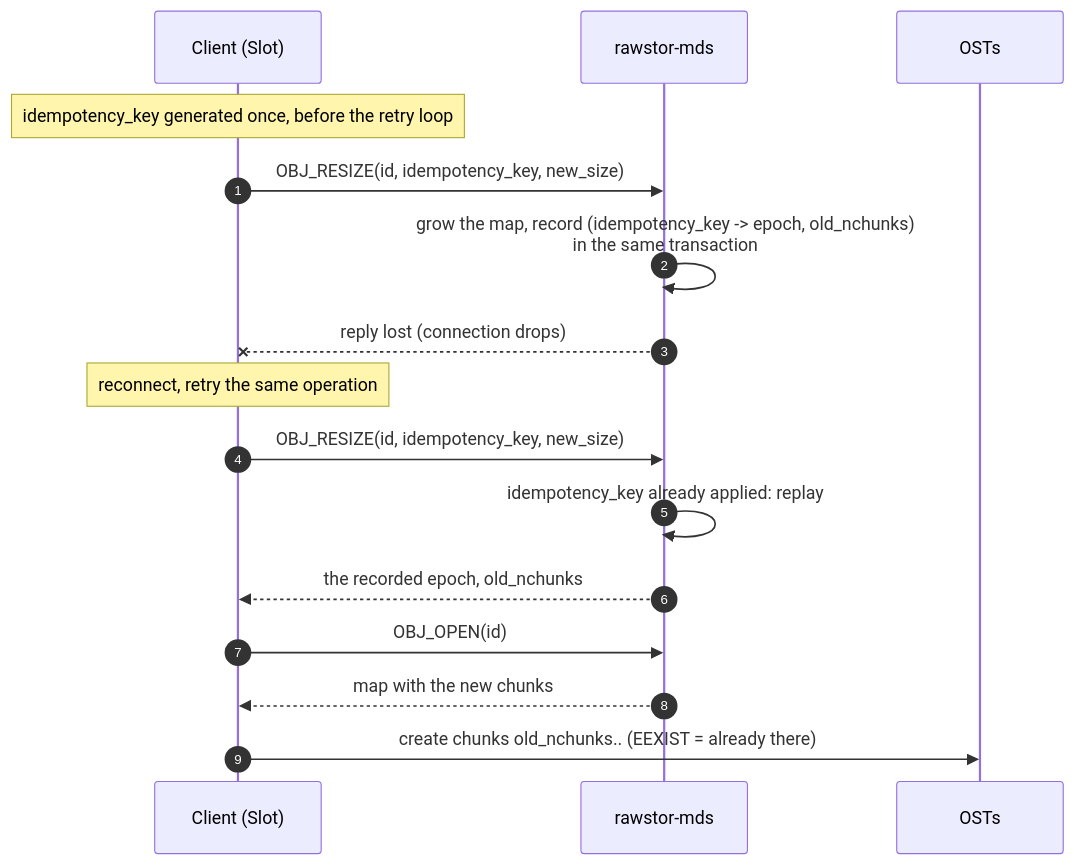
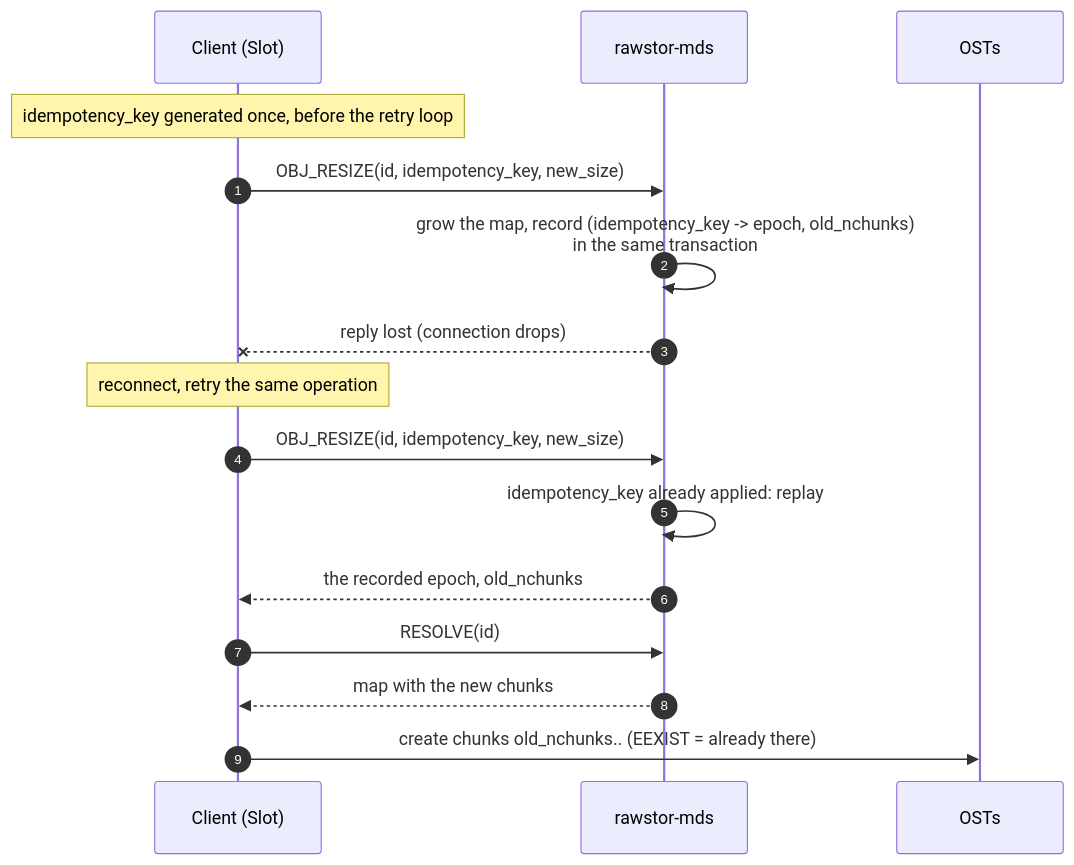
Before and after one commit to rawstor/librawstor: the third of 8 diagrams in docs/mds.md, drawn with Mermaid. The commit also changed other lines of this file and 8 other files, not shown here.

First line of the commit message:
ref(mds): rename OBJ_OPEN to RESOLVE, drop OBJ_LIST_VERSIONS

````diff
--- a/docs/mds.md
+++ b/docs/mds.md
@@ -445,18 +445,18 @@
 ```mermaid
 sequenceDiagram
     autonumber
     participant C as Client (Slot)
     participant M as rawstor-mds
     participant O as OSTs
     Note over C: idempotency_key generated once, before the retry loop
     C->>M: OBJ_RESIZE(id, idempotency_key, new_size)
     M->>M: grow the map, record (idempotency_key -> epoch, old_nchunks)<br/>in the same transaction
     M--xC: reply lost (connection drops)
     Note over C: reconnect, retry the same operation
     C->>M: OBJ_RESIZE(id, idempotency_key, new_size)
     M->>M: idempotency_key already applied: replay
     M-->>C: the recorded epoch, old_nchunks
-    C->>M: OBJ_OPEN(id)
+    C->>M: RESOLVE(id)
     M-->>C: map with the new chunks
     C->>O: create chunks old_nchunks.. (EEXIST = already there)
 ```
````
